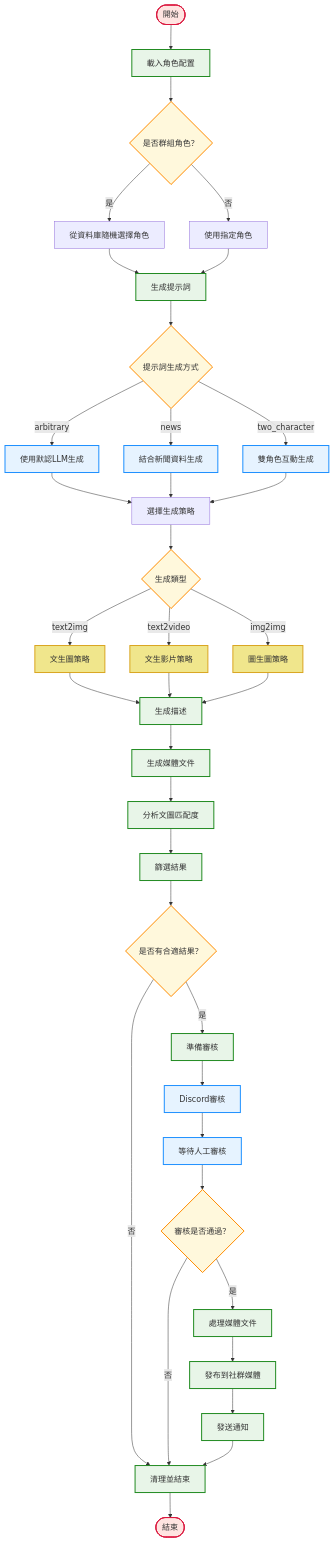
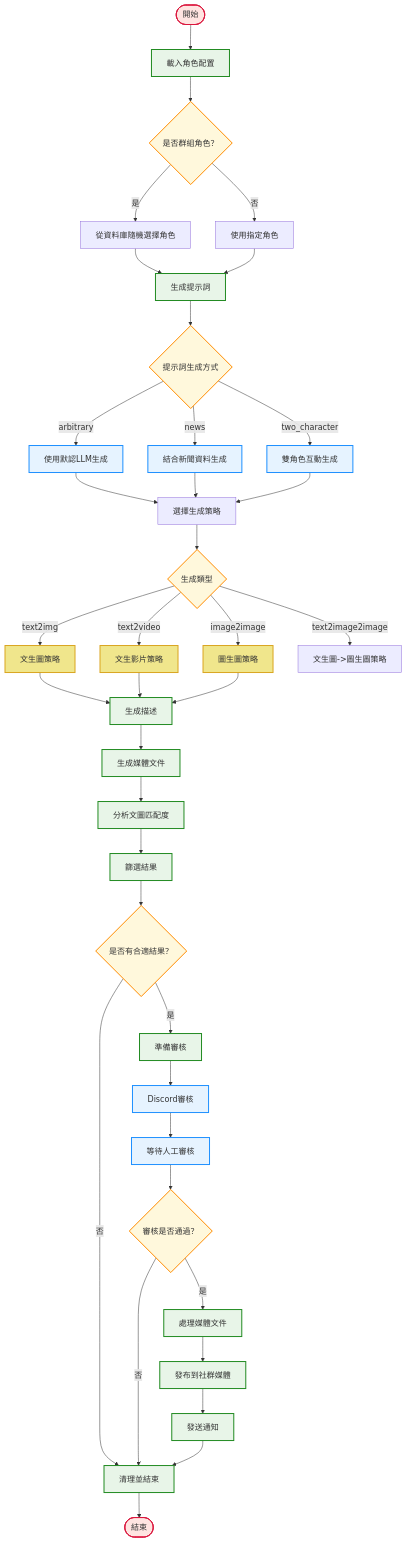
The third of 3 diagrams in README.md (jaesm14774/mediaoverload), drawn with Mermaid before and after one commit. The commit also changed other lines of this file and 15 other files, not shown here.

````diff
--- a/README.md
+++ b/README.md
@@ -289,61 +291,62 @@
 ```mermaid
 flowchart TD
     Start([開始]) --> LoadChar[載入角色配置]
     LoadChar --> CheckGroup{是否群組角色？}
     
     CheckGroup -->|是| RandomSelect[從資料庫隨機選擇角色]
     CheckGroup -->|否| UseConfig[使用指定角色]
     
     RandomSelect --> GeneratePrompt[生成提示詞]
     UseConfig --> GeneratePrompt
     
     GeneratePrompt --> CheckMethod{提示詞生成方式}
     CheckMethod -->|arbitrary| DefaultPrompt[使用默認LLM生成]
     CheckMethod -->|news| NewsPrompt[結合新聞資料生成]
     CheckMethod -->|two_character| TwoCharPrompt[雙角色互動生成]
     
     DefaultPrompt --> SelectStrategy[選擇生成策略]
     NewsPrompt --> SelectStrategy
     TwoCharPrompt --> SelectStrategy
     
     SelectStrategy --> CheckType{生成類型}
     CheckType -->|text2img| T2IStrategy[文生圖策略]
     CheckType -->|text2video| T2VStrategy[文生影片策略]
-    CheckType -->|img2img| I2IStrategy[圖生圖策略]
+    CheckType -->|image2image| I2IStrategy[圖生圖策略]
+    CheckType -->|text2image2image| T2I2IStrategy[文生圖->圖生圖策略]
     
     T2IStrategy --> GenerateDesc[生成描述]
     T2VStrategy --> GenerateDesc
     I2IStrategy --> GenerateDesc
     
     GenerateDesc --> GenerateMedia[生成媒體文件]
     GenerateMedia --> AnalyzeMatch[分析文圖匹配度]
     AnalyzeMatch --> FilterResults[篩選結果]
     
     FilterResults --> CheckResults{是否有合適結果？}
     CheckResults -->|否| Cleanup[清理並結束]
     CheckResults -->|是| PrepareReview[準備審核]
     
     PrepareReview --> DiscordReview[Discord審核]
     DiscordReview --> WaitApproval[等待人工審核]
     WaitApproval --> CheckApproval{審核是否通過？}
     
     CheckApproval -->|否| Cleanup
     CheckApproval -->|是| ProcessMedia[處理媒體文件]
     
     ProcessMedia --> PublishSocial[發布到社群媒體]
     PublishSocial --> SendNotification[發送通知]
     SendNotification --> Cleanup
     Cleanup --> End([結束])
     
     classDef startEnd fill:#FFE4E1,stroke:#DC143C,stroke-width:2px
     classDef process fill:#E8F5E8,stroke:#228B22,stroke-width:2px
     classDef decision fill:#FFF8DC,stroke:#FF8C00,stroke-width:2px
     classDef strategy fill:#F0E68C,stroke:#DAA520,stroke-width:2px
     classDef external fill:#E6F3FF,stroke:#1E90FF,stroke-width:2px
     
     class Start,End startEnd
     class LoadChar,GeneratePrompt,GenerateDesc,GenerateMedia,AnalyzeMatch,FilterResults,PrepareReview,ProcessMedia,PublishSocial,SendNotification,Cleanup process
     class CheckGroup,CheckMethod,CheckType,CheckResults,CheckApproval decision
     class T2IStrategy,T2VStrategy,I2IStrategy strategy
     class DefaultPrompt,NewsPrompt,TwoCharPrompt,DiscordReview,WaitApproval external
 ```
````
